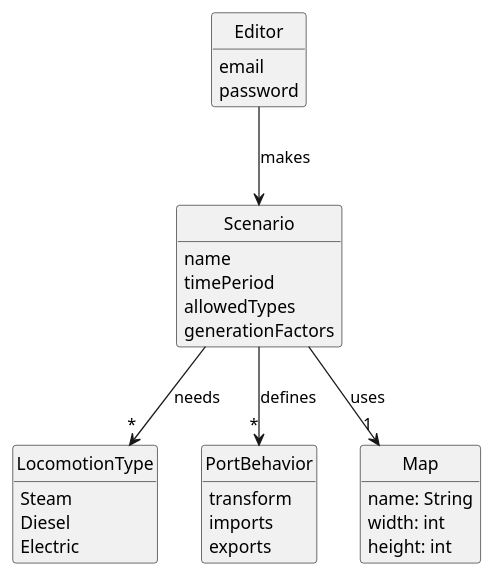
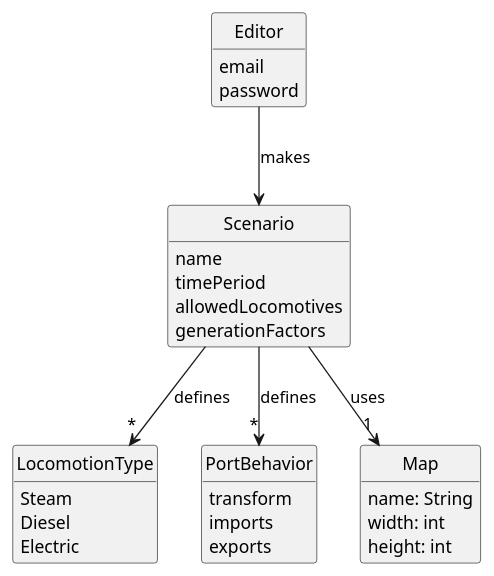
One commit to Andremonteiro1240850/railway_simulator changed the diagram in docs/system-documentation/US04/02.analysis.us04/puml/us04analysis.puml. Above: the diagram before and after it, drawn with PlantUML. The commit also changed 2 other files, not shown here.

```diff
--- a/docs/system-documentation/US04/02.analysis.us04/puml/us04analysis.puml
+++ b/docs/system-documentation/US04/02.analysis.us04/puml/us04analysis.puml
@@ -1,49 +1,49 @@
 @startuml
 
 skinparam monochrome true
 skinparam packageStyle rectangle
 skinparam shadowing false
 
 'left to right direction
 
 skinparam classAttributeIconSize 0
 
 hide circle
 hide methods
 
 enum LocomotionType {
   Steam
   Diesel
   Electric
 }
 
 class Editor {
    email
    password
 }
 
 class Scenario {
    name
    timePeriod
-   allowedTypes
+   allowedLocomotives
    generationFactors
 }
 
 class PortBehavior {
    transform
    imports
    exports
 }
 
 class Map {
    name: String
    width: int
    height: int
 }
 
 Editor --> Scenario : makes
 Scenario --> "1" Map : uses
 Scenario --> "*" PortBehavior : defines
-Scenario --> "*" LocomotionType : needs
+Scenario --> "*" LocomotionType : defines
 
 @enduml
```
